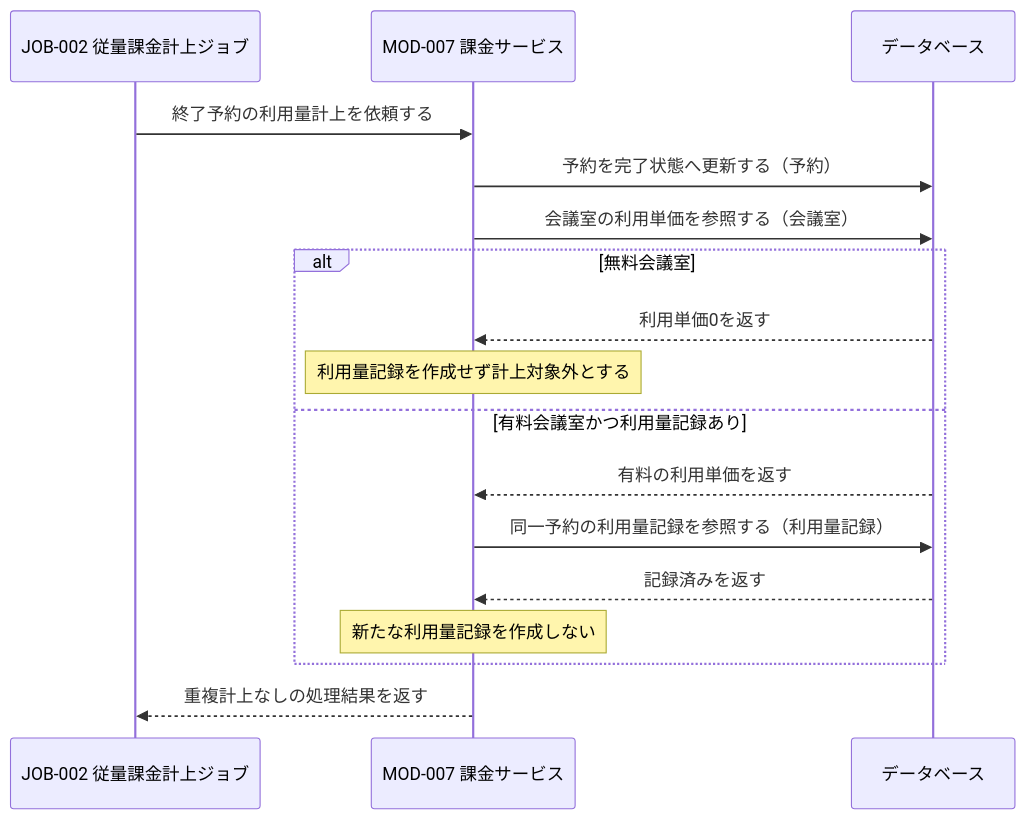
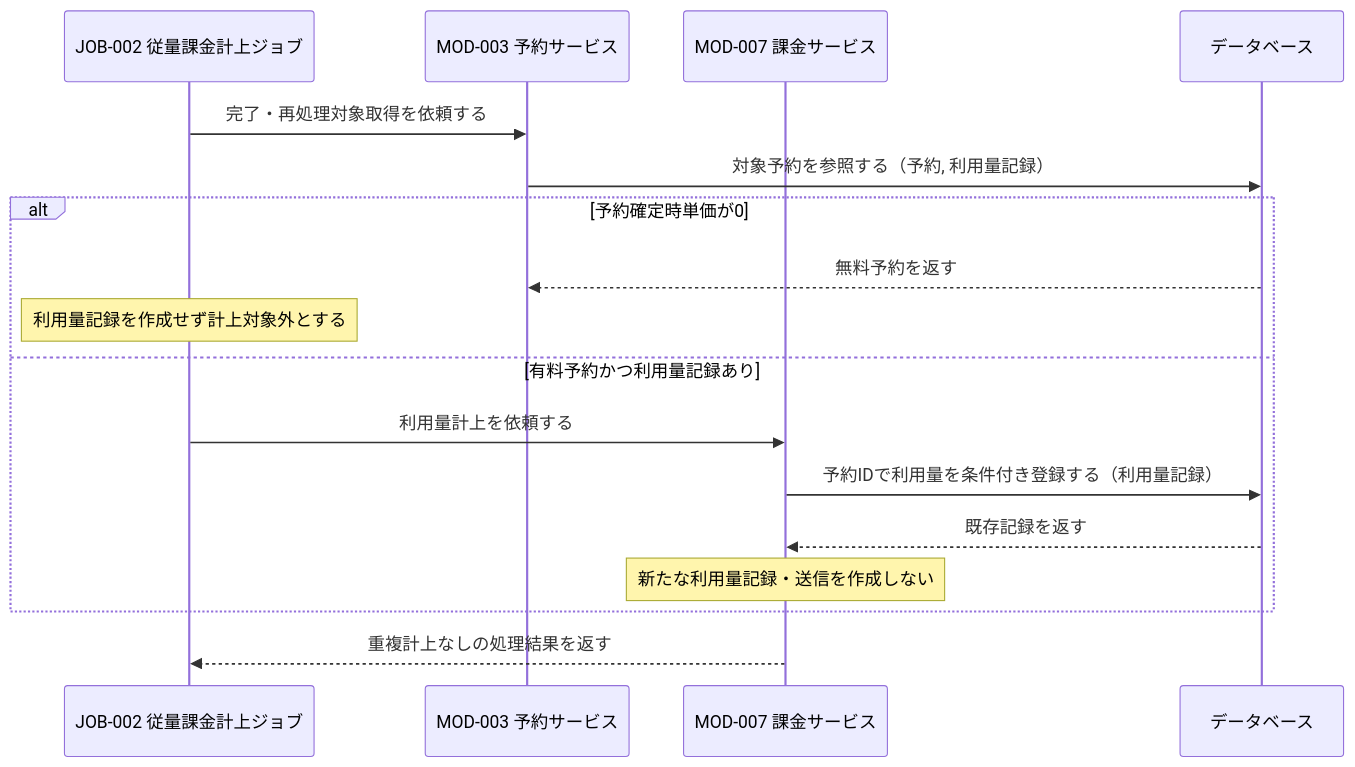
One commit to sikakou54/system-document-template changed the second of 3 diagrams in docs/03_機能設計/02_シーケンス設計/SEQ-003_利用量の従量課金計上シーケンス.md. Above: the diagram before and after it, drawn with Mermaid. The commit also changed other lines of this file and 55 other files, not shown here.

````diff
--- a/docs/03_機能設計/02_シーケンス設計/SEQ-003_利用量の従量課金計上シーケンス.md
+++ b/docs/03_機能設計/02_シーケンス設計/SEQ-003_利用量の従量課金計上シーケンス.md
@@ -84,20 +91,20 @@
 ```mermaid
 sequenceDiagram
     participant JOB as JOB-002 従量課金計上ジョブ
-    participant MOD as MOD-007 課金サービス
+    participant RES as MOD-003 予約サービス
+    participant BILL as MOD-007 課金サービス
     participant DB as データベース
 
-    JOB->>MOD: 終了予約の利用量計上を依頼する
-    MOD->>DB: 予約を完了状態へ更新する（予約）
-    MOD->>DB: 会議室の利用単価を参照する（会議室）
-    alt 無料会議室
-        DB-->>MOD: 利用単価0を返す
-        Note over MOD: 利用量記録を作成せず計上対象外とする
-    else 有料会議室かつ利用量記録あり
-        DB-->>MOD: 有料の利用単価を返す
-        MOD->>DB: 同一予約の利用量記録を参照する（利用量記録）
-        DB-->>MOD: 記録済みを返す
-        Note over MOD: 新たな利用量記録を作成しない
+    JOB->>RES: 完了・再処理対象取得を依頼する
+    RES->>DB: 対象予約を参照する（予約, 利用量記録）
+    alt 予約確定時単価が0
+        DB-->>RES: 無料予約を返す
+        Note over JOB: 利用量記録を作成せず計上対象外とする
+    else 有料予約かつ利用量記録あり
+        JOB->>BILL: 利用量計上を依頼する
+        BILL->>DB: 予約IDで利用量を条件付き登録する（利用量記録）
+        DB-->>BILL: 既存記録を返す
+        Note over BILL: 新たな利用量記録・送信を作成しない
     end
-    MOD-->>JOB: 重複計上なしの処理結果を返す
+    BILL-->>JOB: 重複計上なしの処理結果を返す
 ```
````
